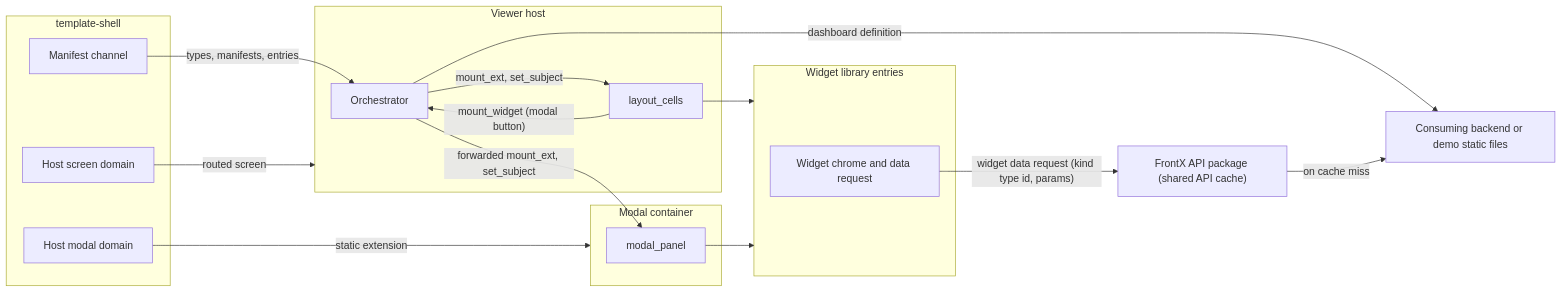
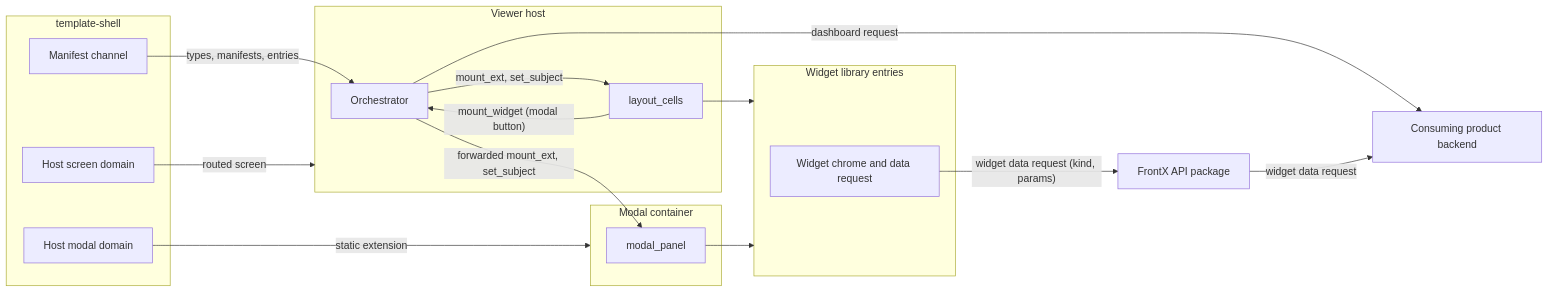
Before and after one commit to AndrejK666/gears-frontx-templates: the second of 8 diagrams in template-dashboard/architecture/DESIGN.md, drawn with Mermaid. The commit also changed other lines of this file and 2 other files, not shown here.

Commit message:
docs(template-dashboard): revise DESIGN for product-only scope

````diff
--- a/template-dashboard/architecture/DESIGN.md
+++ b/template-dashboard/architecture/DESIGN.md
@@ -370,32 +358,32 @@
 ```mermaid
 graph LR
     subgraph Shell["template-shell"]
         SCR["Host screen domain"]
         POP["Host modal domain"]
         MAN["Manifest channel"]
     end
     subgraph VH["Viewer host"]
         ORC["Orchestrator"]
         LC["layout_cells"]
     end
     subgraph MC["Modal container"]
         MPD["modal_panel"]
     end
     subgraph WL["Widget library entries"]
         WC["Widget chrome and data request"]
     end
-    API["FrontX API package (shared API cache)"]
-    BE["Consuming backend or demo static files"]
+    API["FrontX API package"]
+    BE["Consuming product backend"]
 
     SCR -- "routed screen" --> VH
     POP -- "static extension" --> MC
-    ORC -- "dashboard definition" --> BE
+    ORC -- "dashboard request" --> BE
     ORC -- "mount_ext, set_subject" --> LC
     LC -- "mount_widget (modal button)" --> ORC
     ORC -- "forwarded mount_ext, set_subject" --> MPD
     LC --> WL
     MPD --> WL
-    WC -- "widget data request (kind type id, params)" --> API
-    API -- "on cache miss" --> BE
+    WC -- "widget data request (kind, params)" --> API
+    API -- "widget data request" --> BE
     MAN -- "types, manifests, entries" --> ORC
 ```
````
